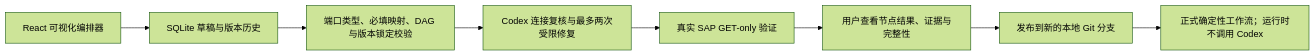
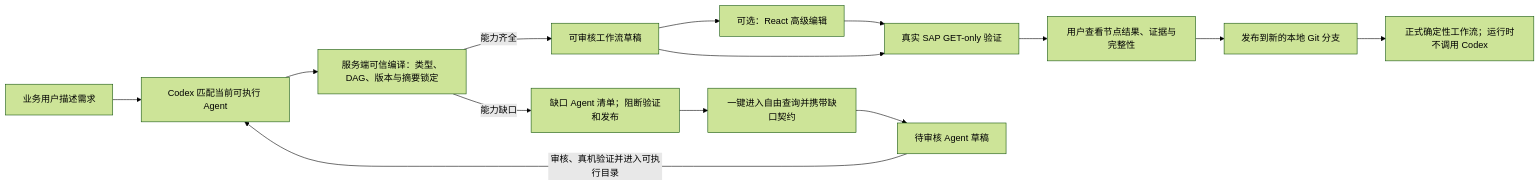
Before and after one commit to yin-wen-bin/SAPBusinessAgents: the diagram in docs/user-workflows.md, drawn with Mermaid (forest theme). The commit also changed other lines of this file and 19 other files, not shown here.

````diff
--- a/docs/user-workflows.md
+++ b/docs/user-workflows.md
@@ -5,10 +5,16 @@
 ```mermaid
 flowchart LR
-    UI["React 可视化编排器"] --> DRAFT["SQLite 草稿与版本历史"]
-    DRAFT --> CHECK["端口类型、必填映射、DAG 与版本锁定校验"]
-    CHECK --> CODEX["Codex 连接复核与最多两次受限修复"]
-    CODEX --> LIVE["真实 SAP GET-only 验证"]
+    ASK["业务用户描述需求"] --> CODEX["Codex 匹配当前可执行 Agent"]
+    CODEX --> CHECK["服务端可信编译：类型、DAG、版本与摘要锁定"]
+    CHECK -->|能力齐全| DRAFT["可审核工作流草稿"]
+    CHECK -->|能力缺口| GAP["缺口 Agent 清单；阻断验证和发布"]
+    GAP --> FREE["一键进入自由查询并携带缺口契约"]
+    FREE --> AGENT["待审核 Agent 草稿"]
+    AGENT -->|审核、真机验证并进入可执行目录| CODEX
+    DRAFT --> ADVANCED["可选：React 高级编辑"]
+    ADVANCED --> LIVE["真实 SAP GET-only 验证"]
+    DRAFT --> LIVE
     LIVE --> REVIEW["用户查看节点结果、证据与完整性"]
     REVIEW --> PUBLISH["发布到新的本地 Git 分支"]
     PUBLISH --> FIXED["正式确定性工作流；运行时不调用 Codex"]
 ```
````
